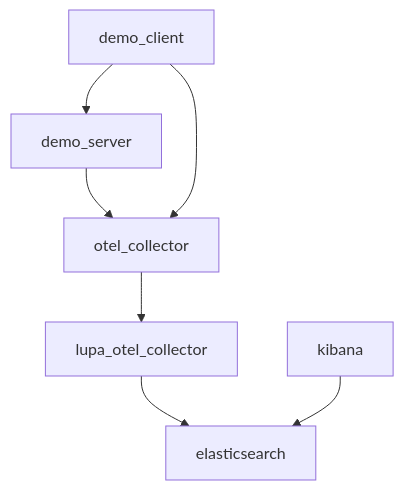
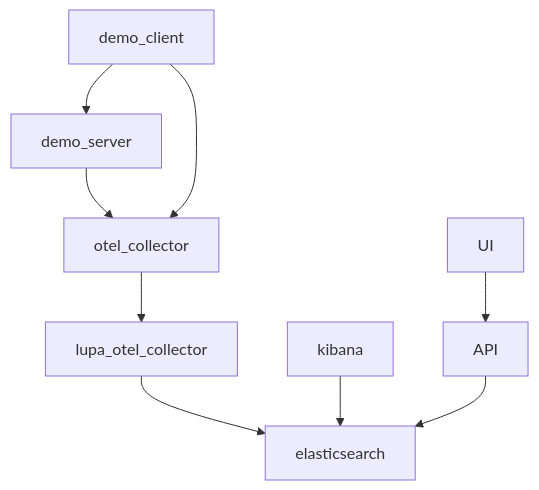
The diagram in demo/README.md (teletrace/teletrace), drawn with Mermaid before and after one commit.

Commit message:
Update flow graph

````diff
--- a/demo/README.md
+++ b/demo/README.md
@@ -5,9 +5,11 @@
 ```mermaid
 graph TD;
   demo_server-->otel_collector;
   demo_client-->otel_collector;
   demo_client-->demo_server;
   otel_collector-->lupa_otel_collector;
   lupa_otel_collector-->elasticsearch;
   kibana-->elasticsearch;
+  API-->elasticsearch;
+  UI-->API;
 ```
````
